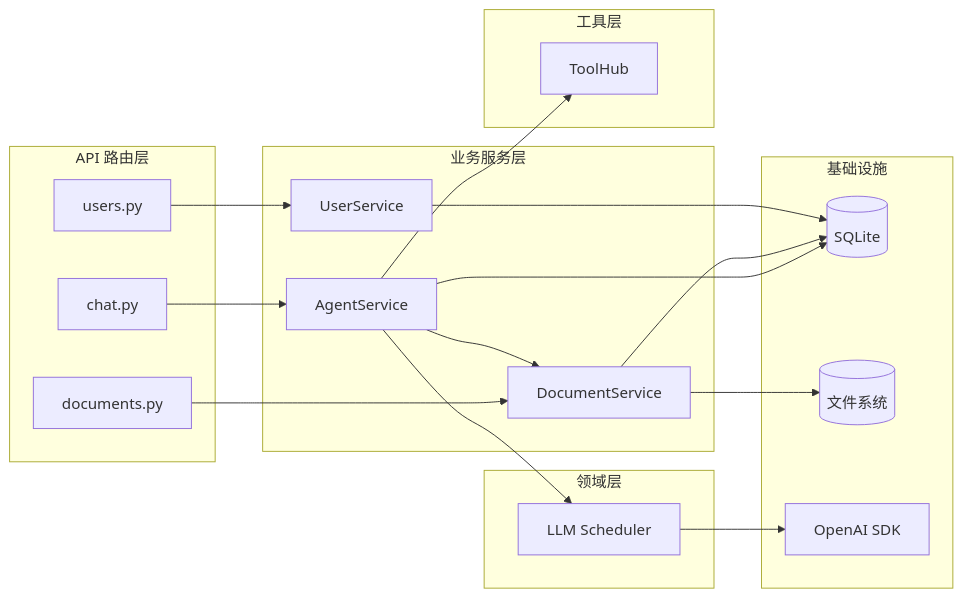
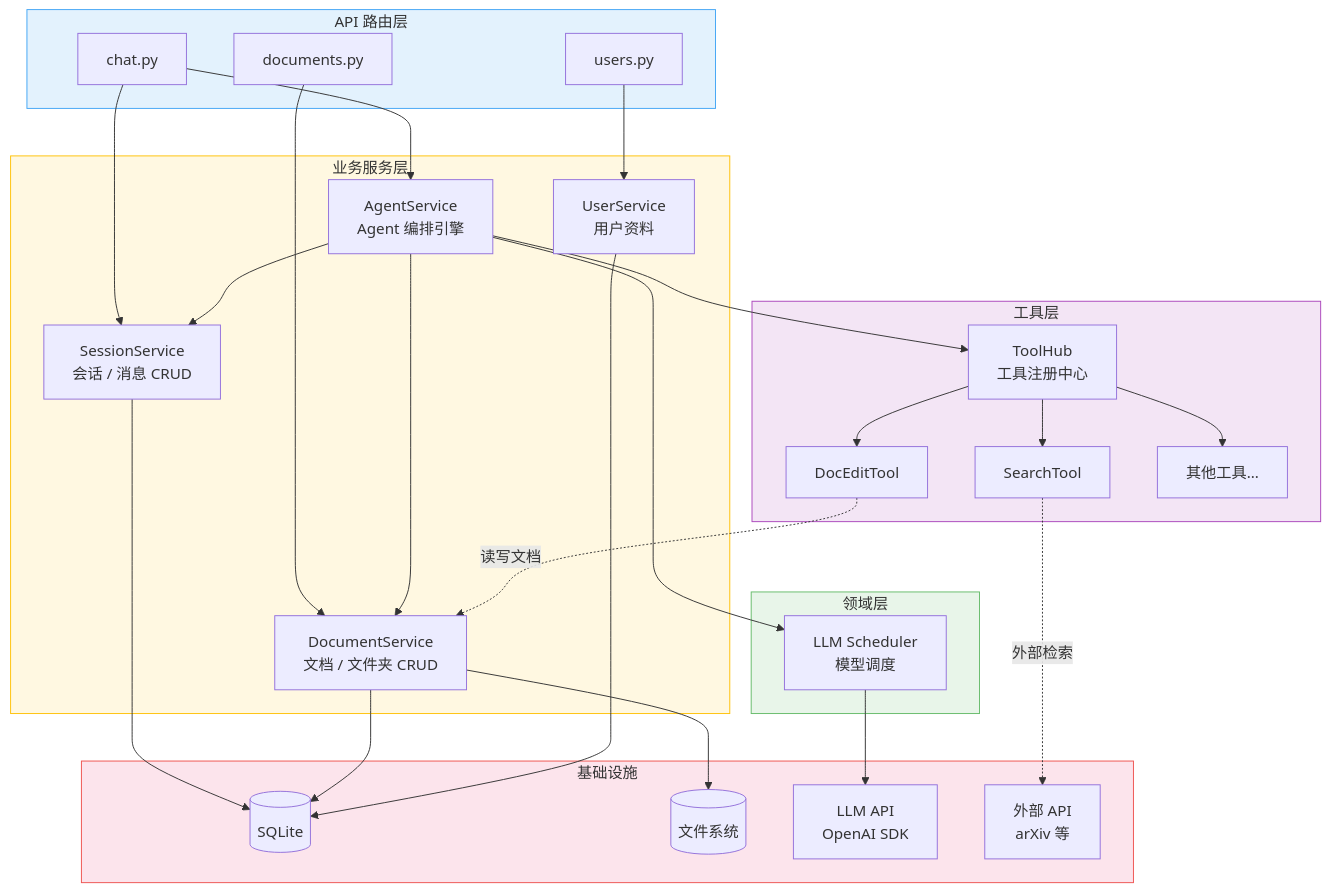
The sixth of 9 diagrams in docs/技术开发方案.md (ji-xinpeng/Scholar-Agent), drawn with Mermaid before and after one commit. The commit also changed other lines of this file, not shown here.

````diff
--- a/docs/技术开发方案.md
+++ b/docs/技术开发方案.md
@@ -286,41 +571,58 @@
 ```mermaid
-graph LR
+graph TB
     subgraph API["API 路由层"]
         chat_ep["chat.py"]
         doc_ep["documents.py"]
         user_ep["users.py"]
     end
 
     subgraph Services["业务服务层"]
-        agent_svc["AgentService"]
-        doc_svc["DocumentService"]
-        user_svc["UserService"]
+        session_svc["SessionService<br/>会话 / 消息 CRUD"]
+        agent_svc["AgentService<br/>Agent 编排引擎"]
+        doc_svc["DocumentService<br/>文档 / 文件夹 CRUD"]
+        user_svc["UserService<br/>用户资料"]
     end
 
     subgraph Domain["领域层"]
-        llm_scheduler["LLM Scheduler"]
+        llm_scheduler["LLM Scheduler<br/>模型调度"]
     end
 
     subgraph Tools["工具层"]
-        toolhub["ToolHub"]
+        toolhub["ToolHub<br/>工具注册中心"]
+        search["SearchTool"]
+        docedit["DocEditTool"]
+        more_tools["其他工具..."]
+        toolhub --> search & docedit & more_tools
     end
 
     subgraph Infra["基础设施"]
         db[("SQLite")]
         fs[("文件系统")]
-        llm["OpenAI SDK"]
+        llm_api["LLM API<br/>OpenAI SDK"]
+        ext_api["外部 API<br/>arXiv 等"]
     end
 
+    chat_ep --> session_svc
     chat_ep --> agent_svc
     doc_ep --> doc_svc
     user_ep --> user_svc
 
+    agent_svc --> session_svc
     agent_svc --> llm_scheduler
     agent_svc --> toolhub
     agent_svc --> doc_svc
 
-    llm_scheduler --> llm
+    docedit -.->|"读写文档"| doc_svc
+    search -.->|"外部检索"| ext_api
 
-    agent_svc & doc_svc & user_svc --> db
+    llm_scheduler --> llm_api
+
+    session_svc & doc_svc & user_svc --> db
     doc_svc --> fs
+
+    style API fill:#e3f2fd,stroke:#42a5f5
+    style Services fill:#fff8e1,stroke:#ffc107
+    style Domain fill:#e8f5e9,stroke:#66bb6a
+    style Tools fill:#f3e5f5,stroke:#ab47bc
+    style Infra fill:#fce4ec,stroke:#ef5350
 ```
````
